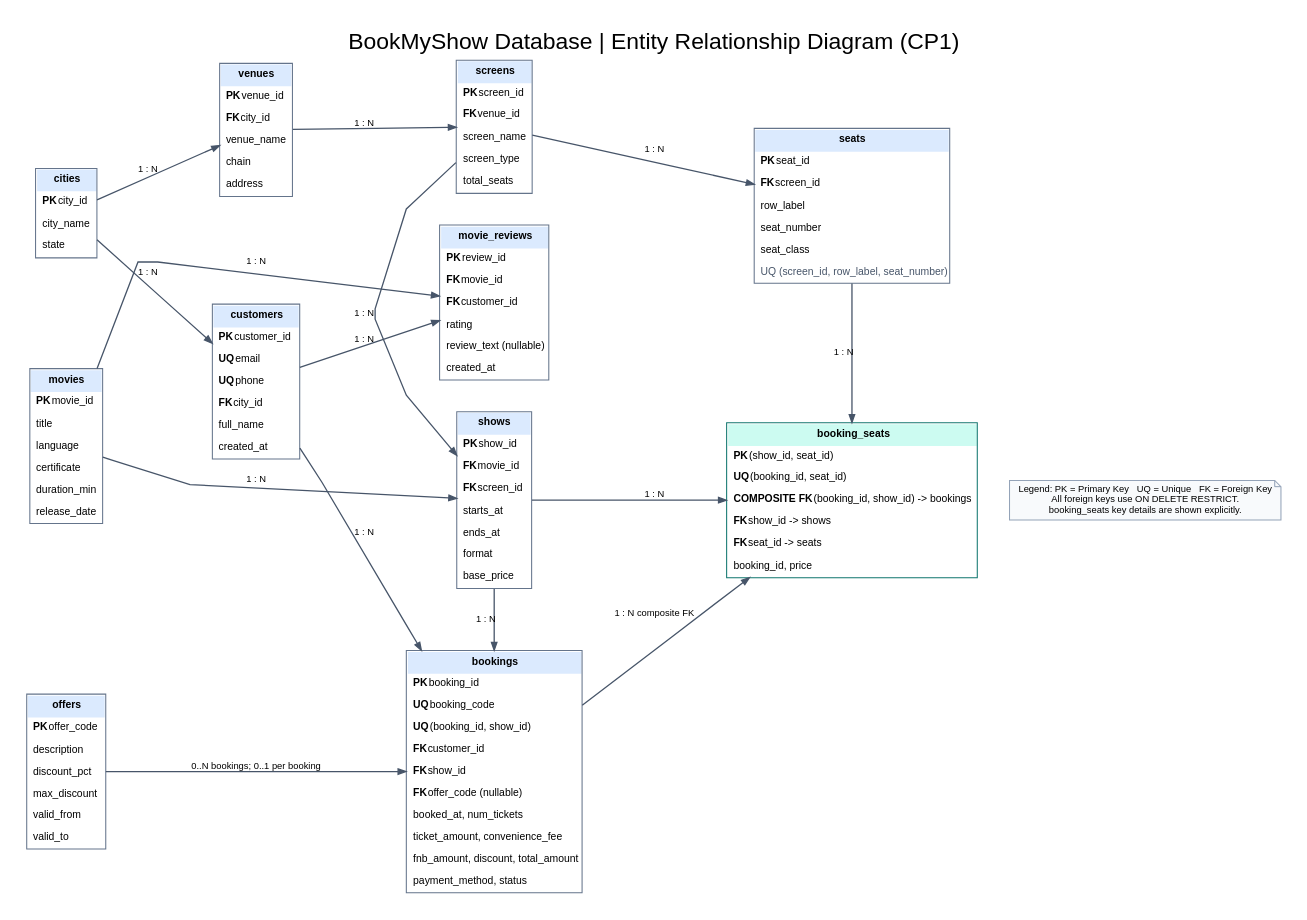
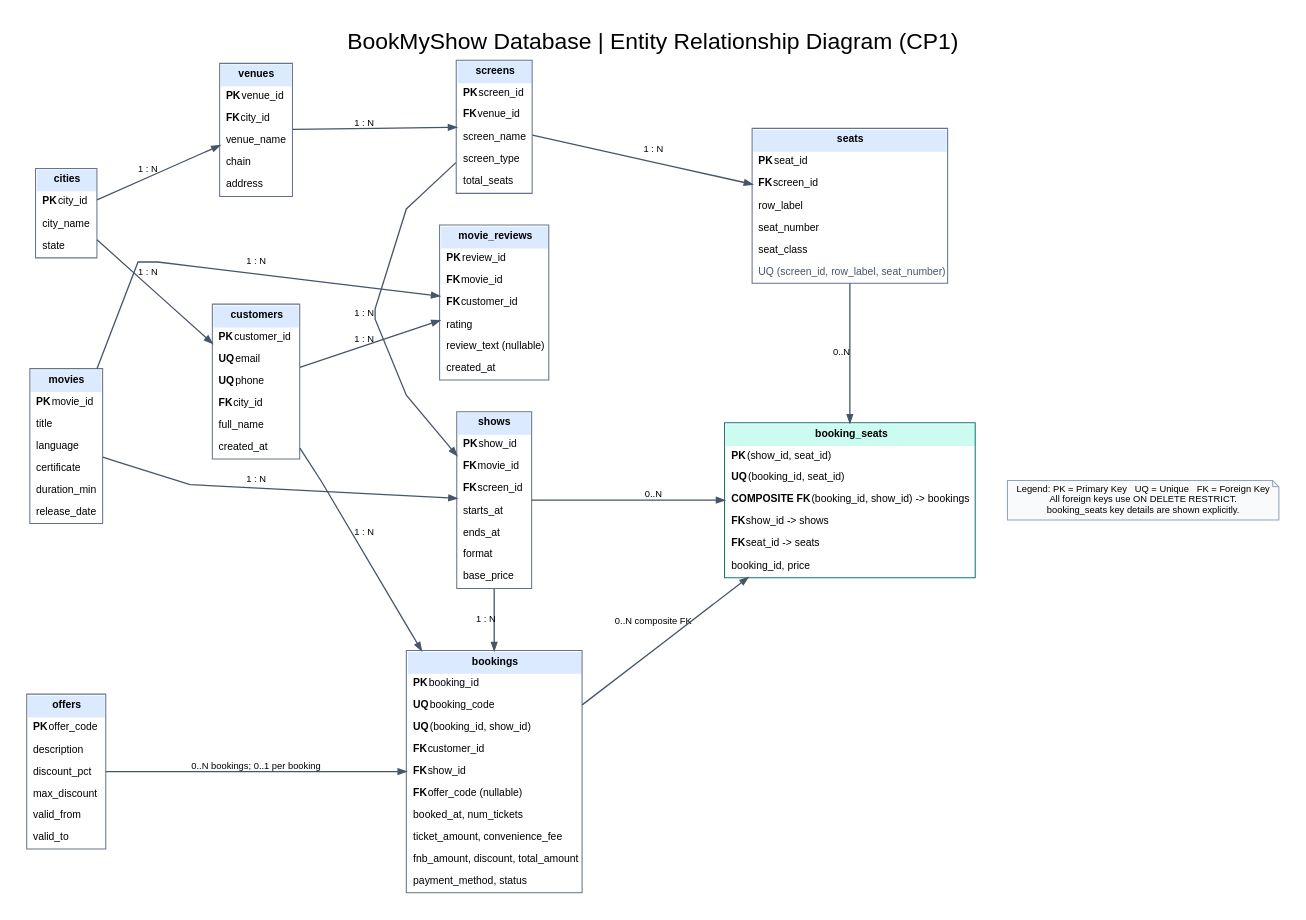
Before and after one commit to Arpitgoyal1306/DE_Project_2026: the diagram in diagrams/er_diagram.dot, drawn with Graphviz. The commit also changed 1 other file, not shown here.

Commit message:
CP1: Correct ERD relationship cardinalities

```diff
--- a/diagrams/er_diagram.dot
+++ b/diagrams/er_diagram.dot
@@ -1,40 +1,40 @@
 digraph BMS {
   graph [rankdir=LR, splines=polyline, nodesep=0.42, ranksep=0.85, pad=0.25, bgcolor="white", fontname="Arial", labelloc=t, label="BookMyShow Database | Entity Relationship Diagram (CP1)", fontsize=22, compound=true];
   node [shape=plain, fontname="Arial", fontsize=10];
   edge [color="#475569", penwidth=1.25, arrowsize=0.75, fontname="Arial", fontsize=9, labelfontcolor="#334155"];
 
   cities [label=<<TABLE BORDER="1" CELLBORDER="0" CELLSPACING="0" CELLPADDING="5" COLOR="#64748b"><TR><TD BGCOLOR="#dbeafe"><B>cities</B></TD></TR><TR><TD ALIGN="LEFT"><B>PK</B> city_id</TD></TR><TR><TD ALIGN="LEFT">city_name</TD></TR><TR><TD ALIGN="LEFT">state</TD></TR></TABLE>>];
   venues [label=<<TABLE BORDER="1" CELLBORDER="0" CELLSPACING="0" CELLPADDING="5" COLOR="#64748b"><TR><TD BGCOLOR="#dbeafe"><B>venues</B></TD></TR><TR><TD ALIGN="LEFT"><B>PK</B> venue_id</TD></TR><TR><TD ALIGN="LEFT"><B>FK</B> city_id</TD></TR><TR><TD ALIGN="LEFT">venue_name</TD></TR><TR><TD ALIGN="LEFT">chain</TD></TR><TR><TD ALIGN="LEFT">address</TD></TR></TABLE>>];
   screens [label=<<TABLE BORDER="1" CELLBORDER="0" CELLSPACING="0" CELLPADDING="5" COLOR="#64748b"><TR><TD BGCOLOR="#dbeafe"><B>screens</B></TD></TR><TR><TD ALIGN="LEFT"><B>PK</B> screen_id</TD></TR><TR><TD ALIGN="LEFT"><B>FK</B> venue_id</TD></TR><TR><TD ALIGN="LEFT">screen_name</TD></TR><TR><TD ALIGN="LEFT">screen_type</TD></TR><TR><TD ALIGN="LEFT">total_seats</TD></TR></TABLE>>];
   seats [label=<<TABLE BORDER="1" CELLBORDER="0" CELLSPACING="0" CELLPADDING="5" COLOR="#64748b"><TR><TD BGCOLOR="#dbeafe"><B>seats</B></TD></TR><TR><TD ALIGN="LEFT"><B>PK</B> seat_id</TD></TR><TR><TD ALIGN="LEFT"><B>FK</B> screen_id</TD></TR><TR><TD ALIGN="LEFT">row_label</TD></TR><TR><TD ALIGN="LEFT">seat_number</TD></TR><TR><TD ALIGN="LEFT">seat_class</TD></TR><TR><TD ALIGN="LEFT"><FONT COLOR="#475569">UQ (screen_id, row_label, seat_number)</FONT></TD></TR></TABLE>>];
   movies [label=<<TABLE BORDER="1" CELLBORDER="0" CELLSPACING="0" CELLPADDING="5" COLOR="#64748b"><TR><TD BGCOLOR="#dbeafe"><B>movies</B></TD></TR><TR><TD ALIGN="LEFT"><B>PK</B> movie_id</TD></TR><TR><TD ALIGN="LEFT">title</TD></TR><TR><TD ALIGN="LEFT">language</TD></TR><TR><TD ALIGN="LEFT">certificate</TD></TR><TR><TD ALIGN="LEFT">duration_min</TD></TR><TR><TD ALIGN="LEFT">release_date</TD></TR></TABLE>>];
   shows [label=<<TABLE BORDER="1" CELLBORDER="0" CELLSPACING="0" CELLPADDING="5" COLOR="#64748b"><TR><TD BGCOLOR="#dbeafe"><B>shows</B></TD></TR><TR><TD ALIGN="LEFT"><B>PK</B> show_id</TD></TR><TR><TD ALIGN="LEFT"><B>FK</B> movie_id</TD></TR><TR><TD ALIGN="LEFT"><B>FK</B> screen_id</TD></TR><TR><TD ALIGN="LEFT">starts_at</TD></TR><TR><TD ALIGN="LEFT">ends_at</TD></TR><TR><TD ALIGN="LEFT">format</TD></TR><TR><TD ALIGN="LEFT">base_price</TD></TR></TABLE>>];
   customers [label=<<TABLE BORDER="1" CELLBORDER="0" CELLSPACING="0" CELLPADDING="5" COLOR="#64748b"><TR><TD BGCOLOR="#dbeafe"><B>customers</B></TD></TR><TR><TD ALIGN="LEFT"><B>PK</B> customer_id</TD></TR><TR><TD ALIGN="LEFT"><B>UQ</B> email</TD></TR><TR><TD ALIGN="LEFT"><B>UQ</B> phone</TD></TR><TR><TD ALIGN="LEFT"><B>FK</B> city_id</TD></TR><TR><TD ALIGN="LEFT">full_name</TD></TR><TR><TD ALIGN="LEFT">created_at</TD></TR></TABLE>>];
   offers [label=<<TABLE BORDER="1" CELLBORDER="0" CELLSPACING="0" CELLPADDING="5" COLOR="#64748b"><TR><TD BGCOLOR="#dbeafe"><B>offers</B></TD></TR><TR><TD ALIGN="LEFT"><B>PK</B> offer_code</TD></TR><TR><TD ALIGN="LEFT">description</TD></TR><TR><TD ALIGN="LEFT">discount_pct</TD></TR><TR><TD ALIGN="LEFT">max_discount</TD></TR><TR><TD ALIGN="LEFT">valid_from</TD></TR><TR><TD ALIGN="LEFT">valid_to</TD></TR></TABLE>>];
   bookings [label=<<TABLE BORDER="1" CELLBORDER="0" CELLSPACING="0" CELLPADDING="5" COLOR="#64748b"><TR><TD BGCOLOR="#dbeafe"><B>bookings</B></TD></TR><TR><TD ALIGN="LEFT"><B>PK</B> booking_id</TD></TR><TR><TD ALIGN="LEFT"><B>UQ</B> booking_code</TD></TR><TR><TD ALIGN="LEFT"><B>UQ</B> (booking_id, show_id)</TD></TR><TR><TD ALIGN="LEFT"><B>FK</B> customer_id</TD></TR><TR><TD ALIGN="LEFT"><B>FK</B> show_id</TD></TR><TR><TD ALIGN="LEFT"><B>FK</B> offer_code (nullable)</TD></TR><TR><TD ALIGN="LEFT">booked_at, num_tickets</TD></TR><TR><TD ALIGN="LEFT">ticket_amount, convenience_fee</TD></TR><TR><TD ALIGN="LEFT">fnb_amount, discount, total_amount</TD></TR><TR><TD ALIGN="LEFT">payment_method, status</TD></TR></TABLE>>];
   booking_seats [label=<<TABLE BORDER="1" CELLBORDER="0" CELLSPACING="0" CELLPADDING="5" COLOR="#0f766e"><TR><TD BGCOLOR="#ccfbf1"><B>booking_seats</B></TD></TR><TR><TD ALIGN="LEFT"><B>PK</B> (show_id, seat_id)</TD></TR><TR><TD ALIGN="LEFT"><B>UQ</B> (booking_id, seat_id)</TD></TR><TR><TD ALIGN="LEFT"><B>COMPOSITE FK</B> (booking_id, show_id) -&gt; bookings</TD></TR><TR><TD ALIGN="LEFT"><B>FK</B> show_id -&gt; shows</TD></TR><TR><TD ALIGN="LEFT"><B>FK</B> seat_id -&gt; seats</TD></TR><TR><TD ALIGN="LEFT">booking_id, price</TD></TR></TABLE>>];
   movie_reviews [label=<<TABLE BORDER="1" CELLBORDER="0" CELLSPACING="0" CELLPADDING="5" COLOR="#64748b"><TR><TD BGCOLOR="#dbeafe"><B>movie_reviews</B></TD></TR><TR><TD ALIGN="LEFT"><B>PK</B> review_id</TD></TR><TR><TD ALIGN="LEFT"><B>FK</B> movie_id</TD></TR><TR><TD ALIGN="LEFT"><B>FK</B> customer_id</TD></TR><TR><TD ALIGN="LEFT">rating</TD></TR><TR><TD ALIGN="LEFT">review_text (nullable)</TD></TR><TR><TD ALIGN="LEFT">created_at</TD></TR></TABLE>>];
 
   {rank=same; cities; movies; offers}
   {rank=same; venues; customers}
   {rank=same; screens; shows; bookings; movie_reviews}
   {rank=same; seats; booking_seats}
 
   cities -> venues [label="1 : N"];
   cities -> customers [label="1 : N"];
   venues -> screens [label="1 : N"];
   screens -> seats [label="1 : N"];
   screens -> shows [label="1 : N"];
   movies -> shows [label="1 : N"];
   customers -> bookings [label="1 : N"];
   shows -> bookings [label="1 : N"];
   offers -> bookings [label="0..N bookings; 0..1 per booking"];
-  bookings -> booking_seats [label="1 : N composite FK"];
-  shows -> booking_seats [label="1 : N"];
-  seats -> booking_seats [label="1 : N"];
+  bookings -> booking_seats [label="0..N composite FK"];
+  shows -> booking_seats [label="0..N"];
+  seats -> booking_seats [label="0..N"];
   movies -> movie_reviews [label="1 : N"];
   customers -> movie_reviews [label="1 : N"];
 
   note [shape=note, style=filled, fillcolor="#f8fafc", color="#94a3b8", fontname="Arial", fontsize=9, label="Legend: PK = Primary Key   UQ = Unique   FK = Foreign Key\nAll foreign keys use ON DELETE RESTRICT.\nbooking_seats key details are shown explicitly."];
   {rank=sink; note}
 }
```
